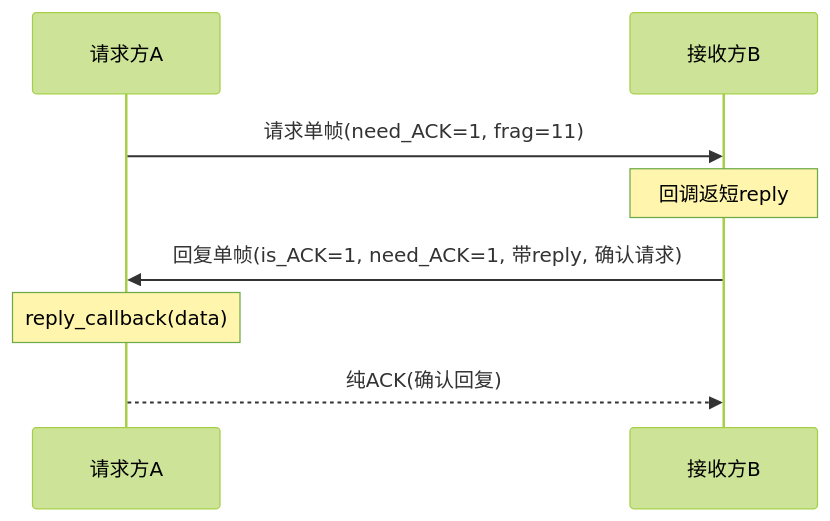
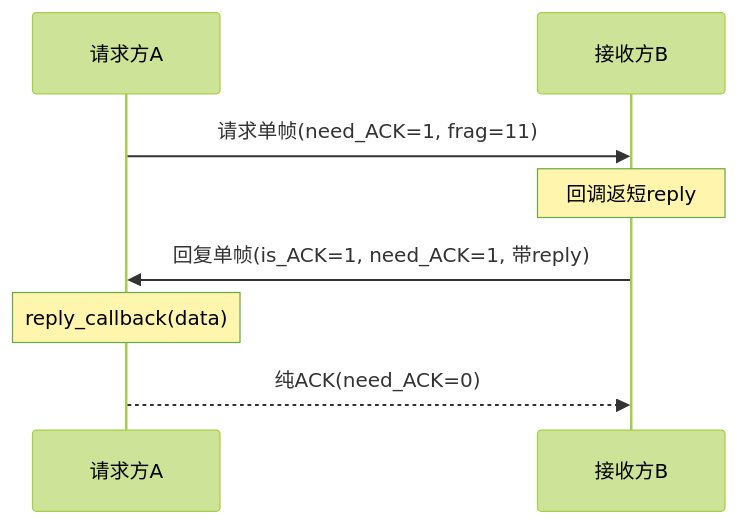
The second of 13 diagrams in 工作/项目/代码/260401S3分拣面板-SIA-R9000P.md (Siaiai/ObsidianNote), drawn with Mermaid (forest theme) before and after one commit. The commit also changed other lines of this file, not shown here.

````diff
--- a/工作/项目/代码/260401S3分拣面板-SIA-R9000P.md
+++ b/工作/项目/代码/260401S3分拣面板-SIA-R9000P.md
@@ -83,10 +119,10 @@
 ```mermaid
 sequenceDiagram
     participant A as 请求方A
     participant B as 接收方B
     A->>B: 请求单帧(need_ACK=1, frag=11)
     Note over B: 回调返短reply
-    B->>A: 回复单帧(is_ACK=1, need_ACK=1, 带reply, 确认请求)
+    B->>A: 回复单帧(is_ACK=1, need_ACK=1, 带reply)
     Note over A: reply_callback(data)
-    A-->>B: 纯ACK(确认回复)
+    A-->>B: 纯ACK(need_ACK=0)
 ```
````
